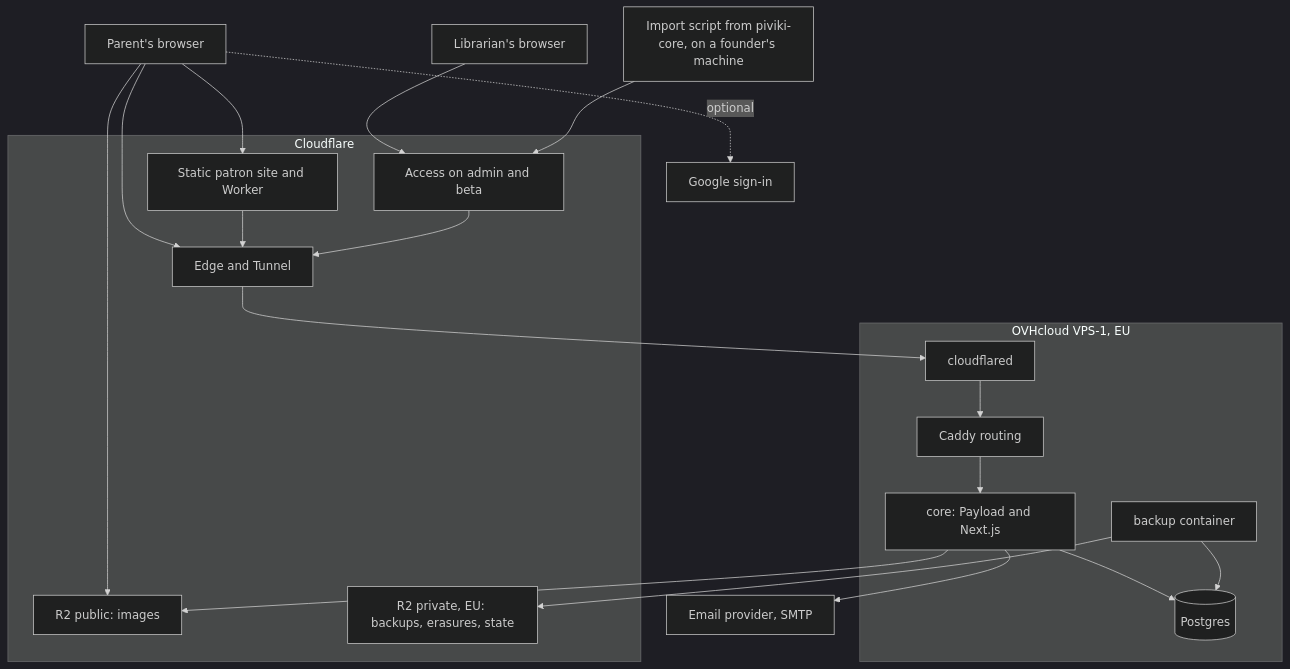
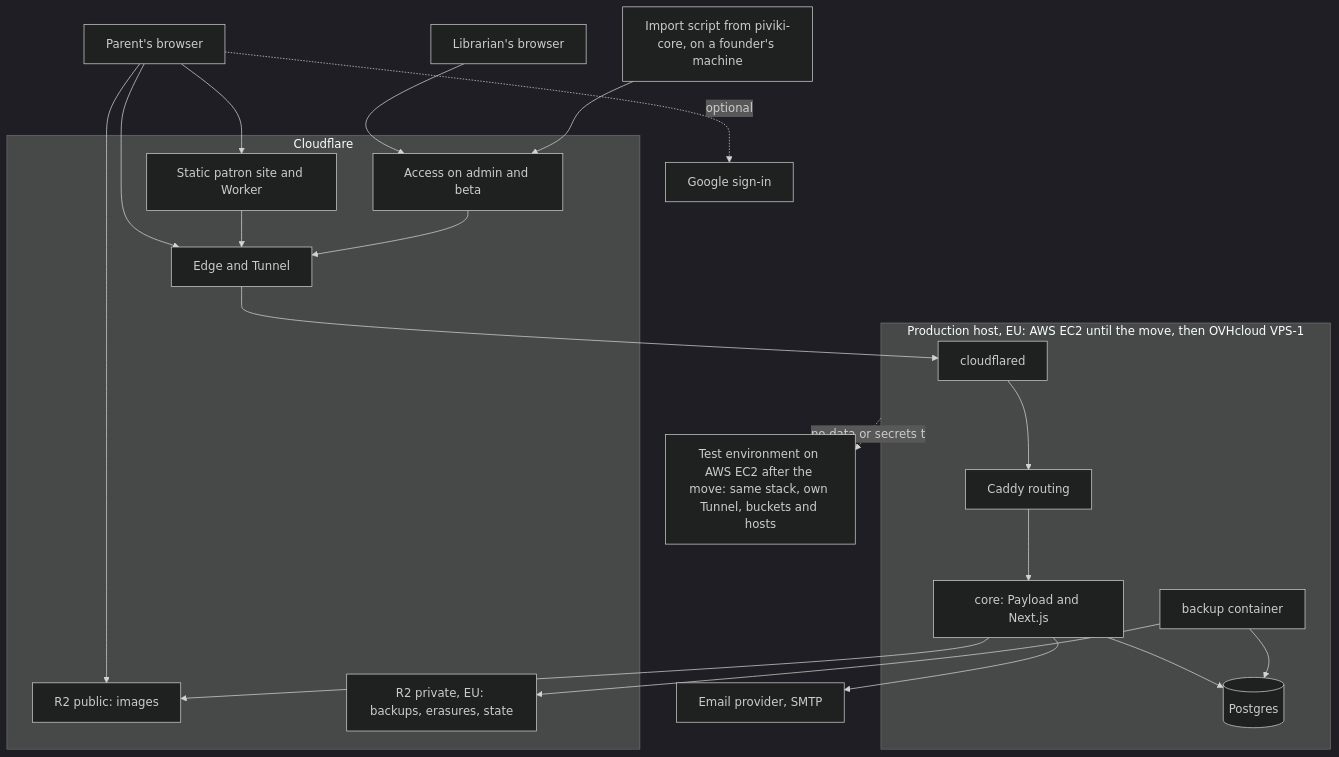
The second of 3 diagrams in initiative-kirjasto-mvp/architecture-piviki/architecture-piviki.md (piviki-org/piviki-planning), drawn with Mermaid (dark theme) before and after one commit. The commit also changed other lines of this file and 13 other files, not shown here.

First line of the commit message:
Host production on AWS until the initial load, then OVH; AWS becomes test

````diff
--- a/initiative-kirjasto-mvp/architecture-piviki/architecture-piviki.md
+++ b/initiative-kirjasto-mvp/architecture-piviki/architecture-piviki.md
@@ -294,31 +309,32 @@
 ```mermaid
 flowchart TB
   browser[Parent's browser]
   librarian[Librarian's browser]
   scan[Import script from piviki-core, on a founder's machine]
   subgraph cf[Cloudflare]
     site[Static patron site and Worker]
     access[Access on admin and beta]
     edge[Edge and Tunnel]
     media[R2 public: images]
     backup[R2 private, EU: backups, erasures, state]
   end
-  subgraph ovh[OVHcloud VPS-1, EU]
+  subgraph ovh[Production host, EU: AWS EC2 until the move, then OVHcloud VPS-1]
     tunnel[cloudflared] --> caddy[Caddy routing]
     caddy --> core[core: Payload and Next.js]
     core --> pg[(Postgres)]
     bk[backup container] --> pg
   end
   browser --> site
   browser --> edge
   site --> edge
   librarian --> access
   scan --> access
   access --> edge
   browser --> media
   edge --> tunnel
   core --> media
   bk --> backup
   core --> mail[Email provider, SMTP]
   browser -.optional.-> google[Google sign-in]
+  ovh -.no data or secrets to.-> test[Test environment on AWS EC2 after the move: same stack, own Tunnel, buckets and hosts]
 ```
````
